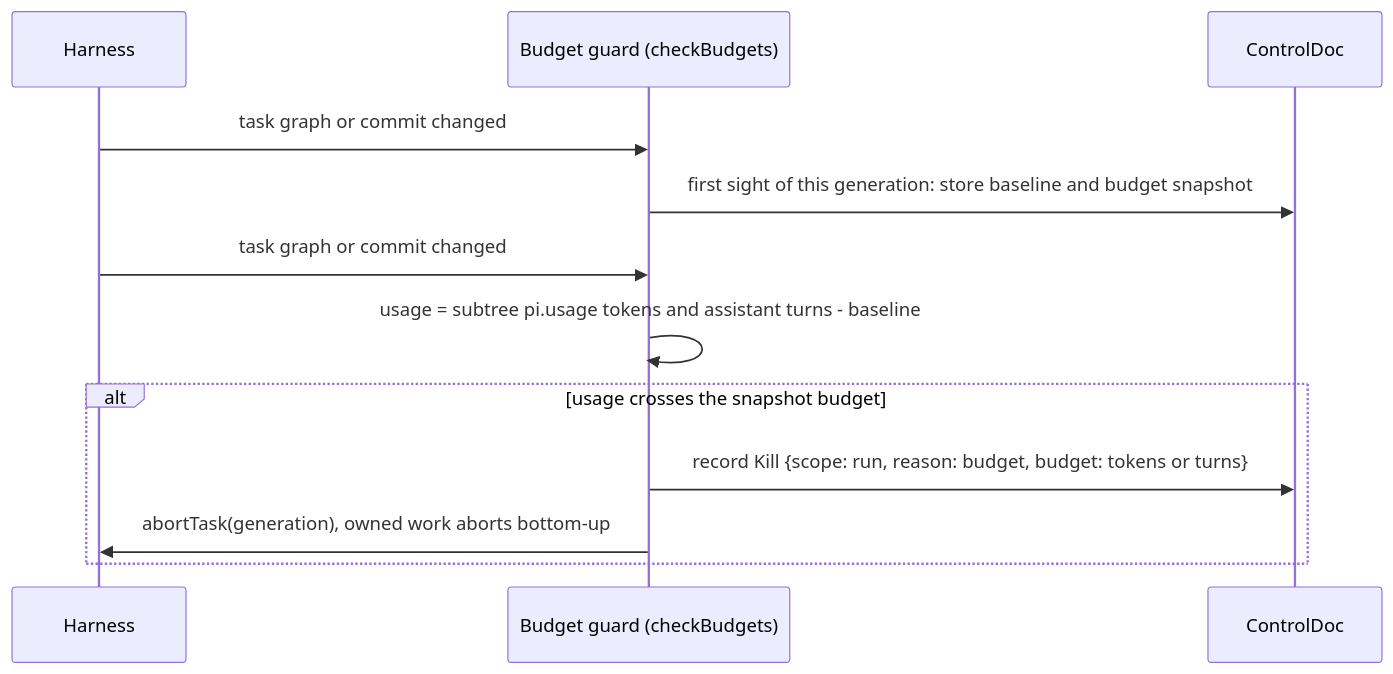
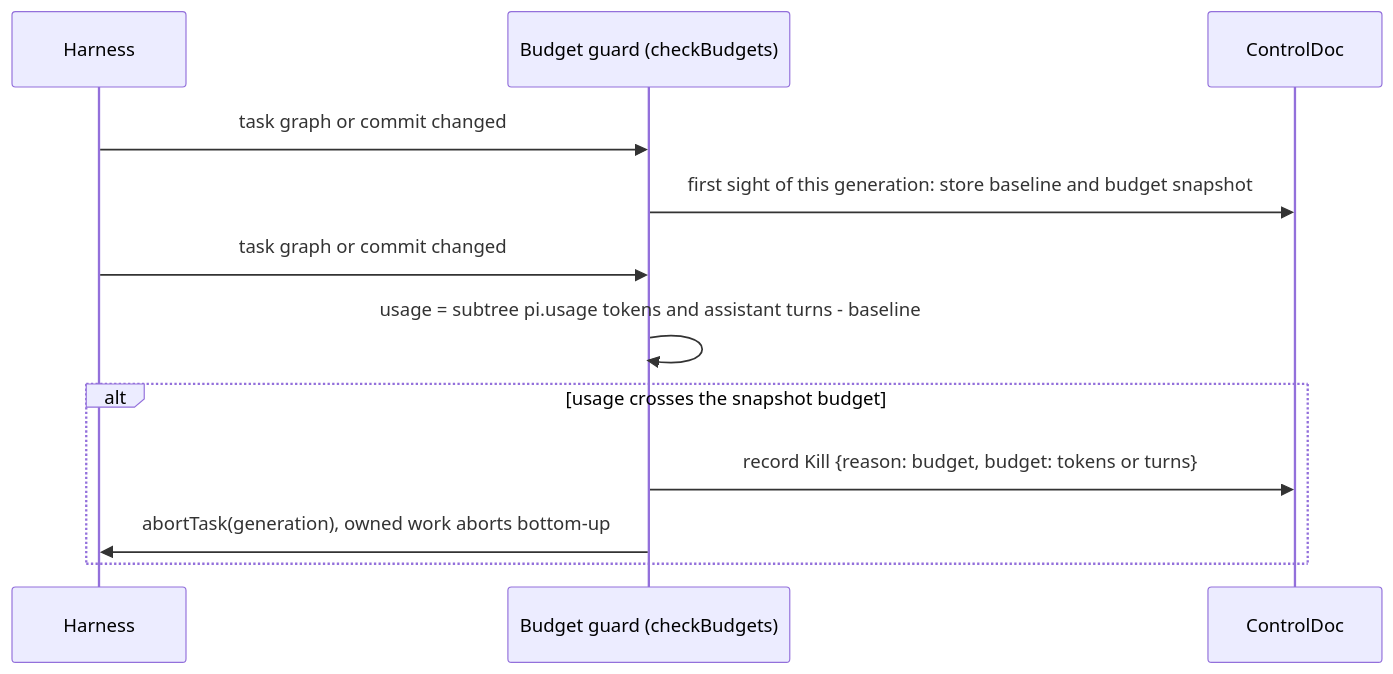
One commit to hung-ngm/pi-durable-replay changed the fourth of 6 diagrams in SPEC.md. Above: the diagram before and after it, drawn with Mermaid. The commit also changed other lines of this file and 4 other files, not shown here.

````diff
--- a/SPEC.md
+++ b/SPEC.md
@@ -162,14 +166,14 @@
 ```mermaid
 sequenceDiagram
   participant H as Harness
   participant G as Budget guard (checkBudgets)
   participant C as ControlDoc
   H->>G: task graph or commit changed
   G->>C: first sight of this generation: store baseline and budget snapshot
   H->>G: task graph or commit changed
   G->>G: usage = subtree pi.usage tokens and assistant turns - baseline
   alt usage crosses the snapshot budget
-    G->>C: record Kill {scope: run, reason: budget, budget: tokens or turns}
+    G->>C: record Kill {reason: budget, budget: tokens or turns}
     G->>H: abortTask(generation), owned work aborts bottom-up
   end
 ```
````
